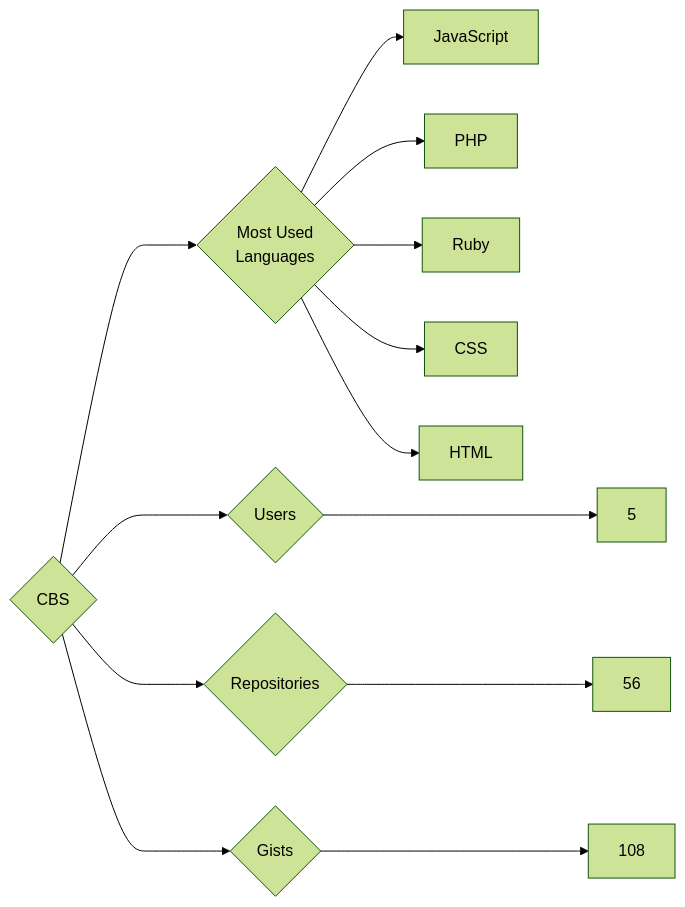
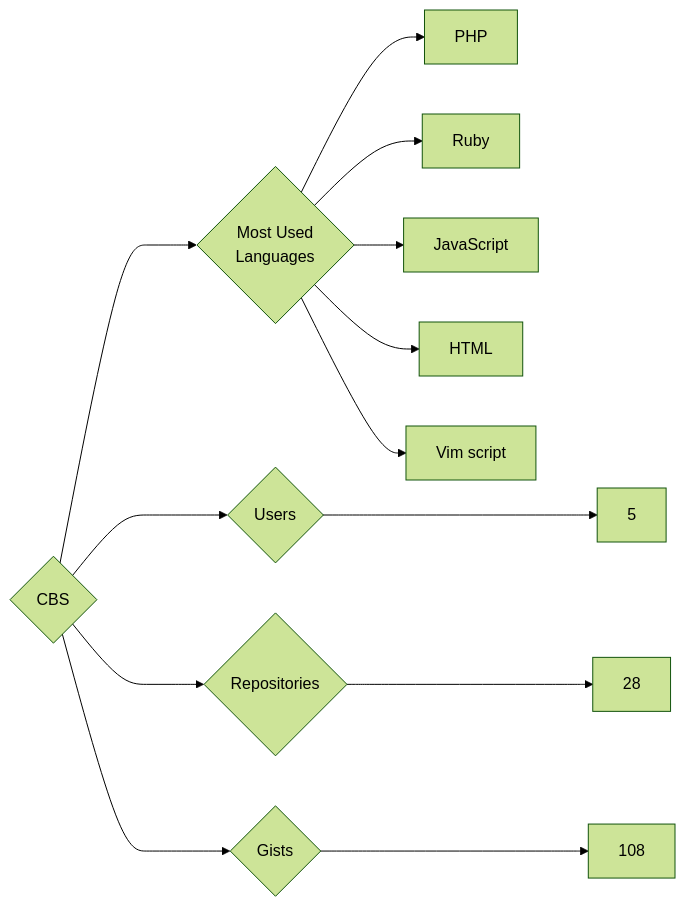
One commit to trickest/insiders changed the diagram in targets/CBS/README.md. Above: the diagram before and after it, drawn with Mermaid (forest theme). The commit also changed 610 other files, not shown here.

````diff
--- a/targets/CBS/README.md
+++ b/targets/CBS/README.md
@@ -3,13 +3,13 @@
 ```mermaid
 graph LR
 COMPANY_NAME{CBS}
 COMPANY_NAME ---> U{Users} ---> UN[5]
-COMPANY_NAME ---> R{Repositories} ---> RN[56]
+COMPANY_NAME ---> R{Repositories} ---> RN[28]
 COMPANY_NAME ---> G{Gists} ---> GN[108]
 COMPANY_NAME ---> ML{Most Used<br>Languages}
-ML --> JavaScript[JavaScript]
 ML --> PHP[PHP]
 ML --> Ruby[Ruby]
-ML --> CSS[CSS]
+ML --> JavaScript[JavaScript]
 ML --> HTML[HTML]
+ML --> Vim_script[Vim script]
 ```
````
